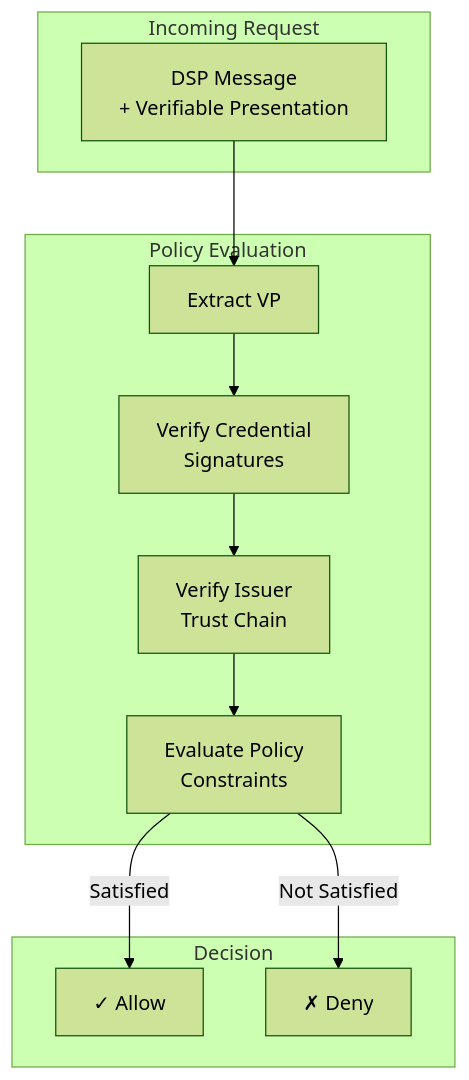
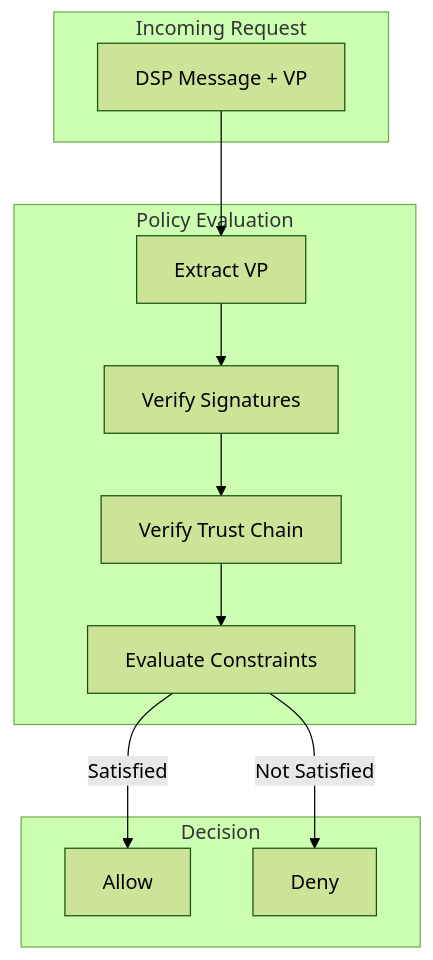
The eighth of 8 diagrams in AEROSPACE-DEMO-README.md (ma3u/MinimumViableDataspace), drawn with Mermaid (forest theme) before and after one commit. The commit also changed other lines of this file, not shown here.

Commit message:
fix: Remove all newline characters from Mermaid diagram labels

````diff
--- a/AEROSPACE-DEMO-README.md
+++ b/AEROSPACE-DEMO-README.md
@@ -752,22 +752,22 @@
 ```mermaid
 flowchart TB
     subgraph Request["Incoming Request"]
-        REQ["DSP Message\n+ Verifiable Presentation"]
+        REQ["DSP Message + VP"]
     end
     
     subgraph Eval["Policy Evaluation"]
         VP["Extract VP"]
-        VC["Verify Credential\nSignatures"]
-        CHAIN["Verify Issuer\nTrust Chain"]
-        POLICY["Evaluate Policy\nConstraints"]
+        VC["Verify Signatures"]
+        CHAIN["Verify Trust Chain"]
+        POLICY["Evaluate Constraints"]
     end
     
     subgraph Result["Decision"]
-        ALLOW["✓ Allow"]
-        DENY["✗ Deny"]
+        ALLOW["Allow"]
+        DENY["Deny"]
     end
     
     REQ --> VP --> VC --> CHAIN --> POLICY
     POLICY --> |Satisfied| ALLOW
     POLICY --> |Not Satisfied| DENY
 ```
````
